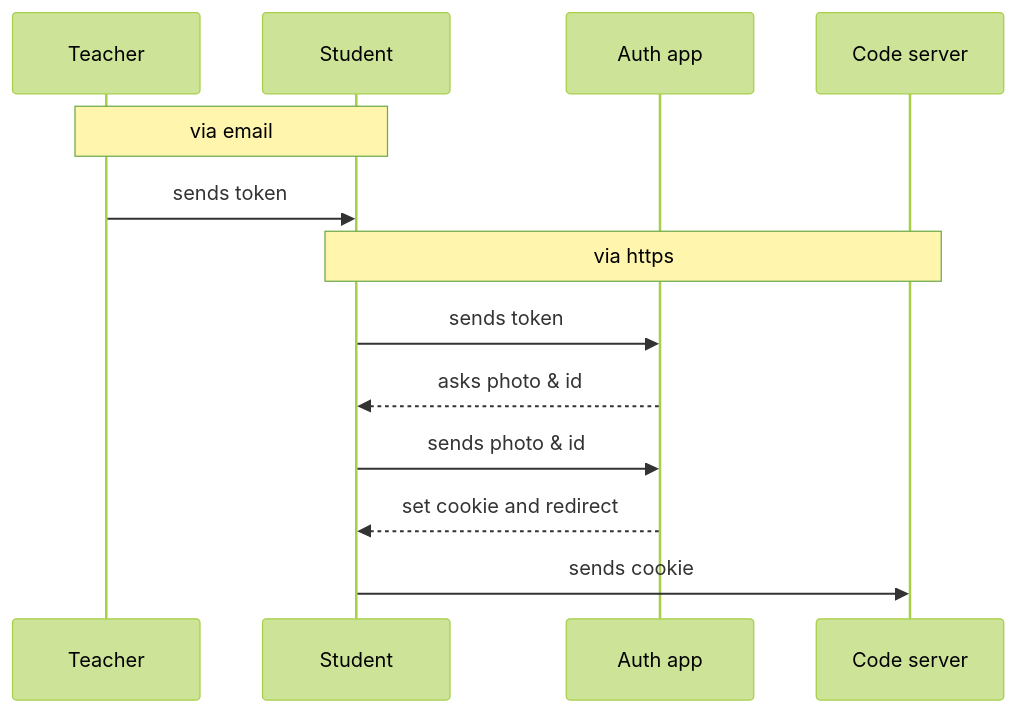
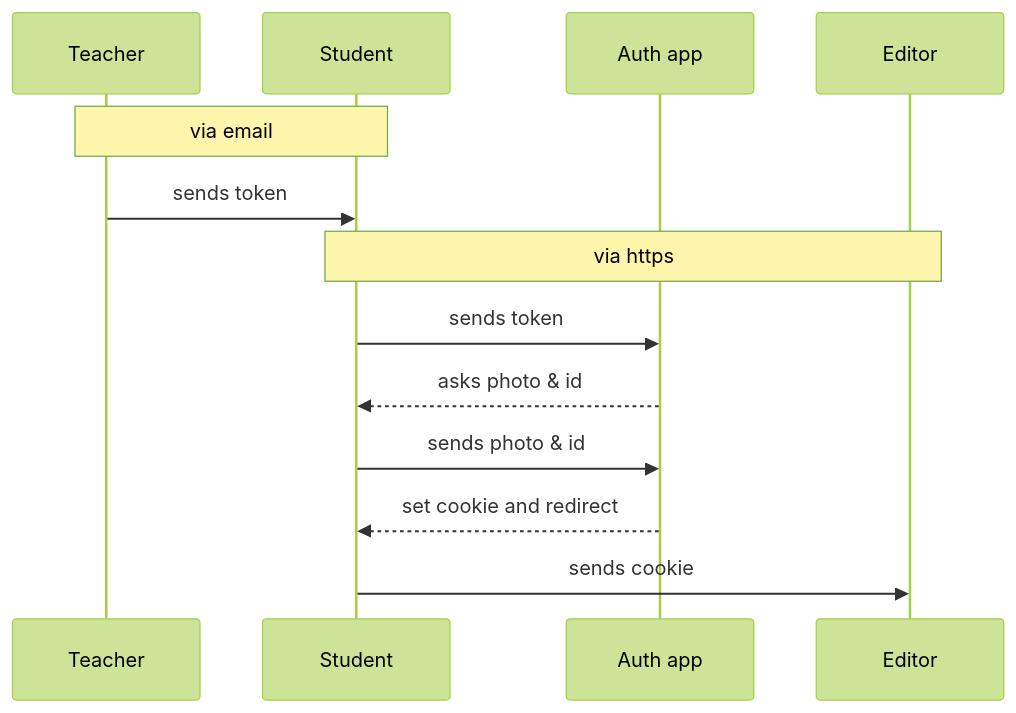
The diagram in site/src/auth.md (scythe-suite/danake), drawn with Mermaid (forest theme) before and after one commit. The commit also changed other lines of this file and 5 other files, not shown here.

```diff
--- a/site/src/auth.md
+++ b/site/src/auth.md
@@ -53,15 +51,15 @@
 <div class="mermaid">
 sequenceDiagram
   participant T as Teacher
   participant S as Student
   participant A as Auth app
-  participant C as Code server
+  participant E as Editor
   Note over T, S: via email
   T ->> S: sends token
-  Note over S, C: via https
+  Note over S, E: via https
   S ->> A: sends token
   A -->> S: asks photo & id
   S ->> A: sends photo & id
   A -->> S: set cookie and redirect
-  S ->> C: sends cookie
+  S ->> E: sends cookie
 </div>
```
